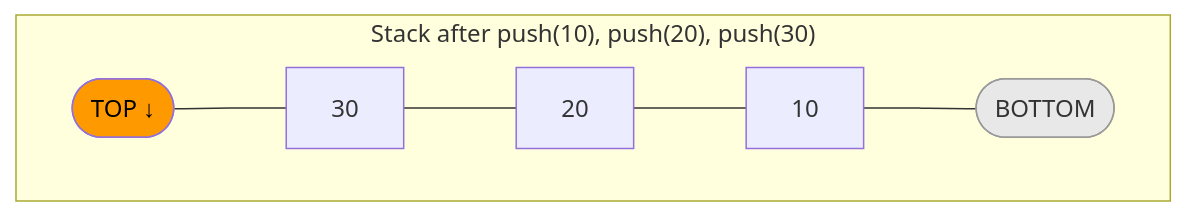
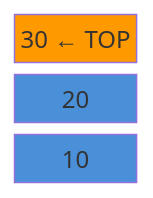
The first of 3 diagrams in docs/03-stack.md (valarpirai/software-enginneering), drawn with Mermaid before and after one commit. The commit also changed other lines of this file, not shown here.

First line of the commit message:
Rewrite stack doc to follow template rules

````diff
--- a/docs/03-stack.md
+++ b/docs/03-stack.md
@@ -20,13 +36,10 @@
 ```mermaid
-graph TB
-    subgraph "Stack after push(10), push(20), push(30)"
-    T(["TOP ↓"])
-    N3["30"]
-    N2["20"]
-    N1["10"]
-    B(["BOTTOM"])
-    T --- N3 --- N2 --- N1 --- B
-    end
-    style T fill:#ff9900,color:#000
-    style B fill:#e8e8e8,stroke:#999
+block-beta
+  columns 1
+  A["30  ← TOP"]:1
+  B["20"]:1
+  C["10"]:1
+  style A fill:#ff9900,color:#000
+  style B fill:#4a90d9,color:#fff
+  style C fill:#4a90d9,color:#fff
 ```
````
